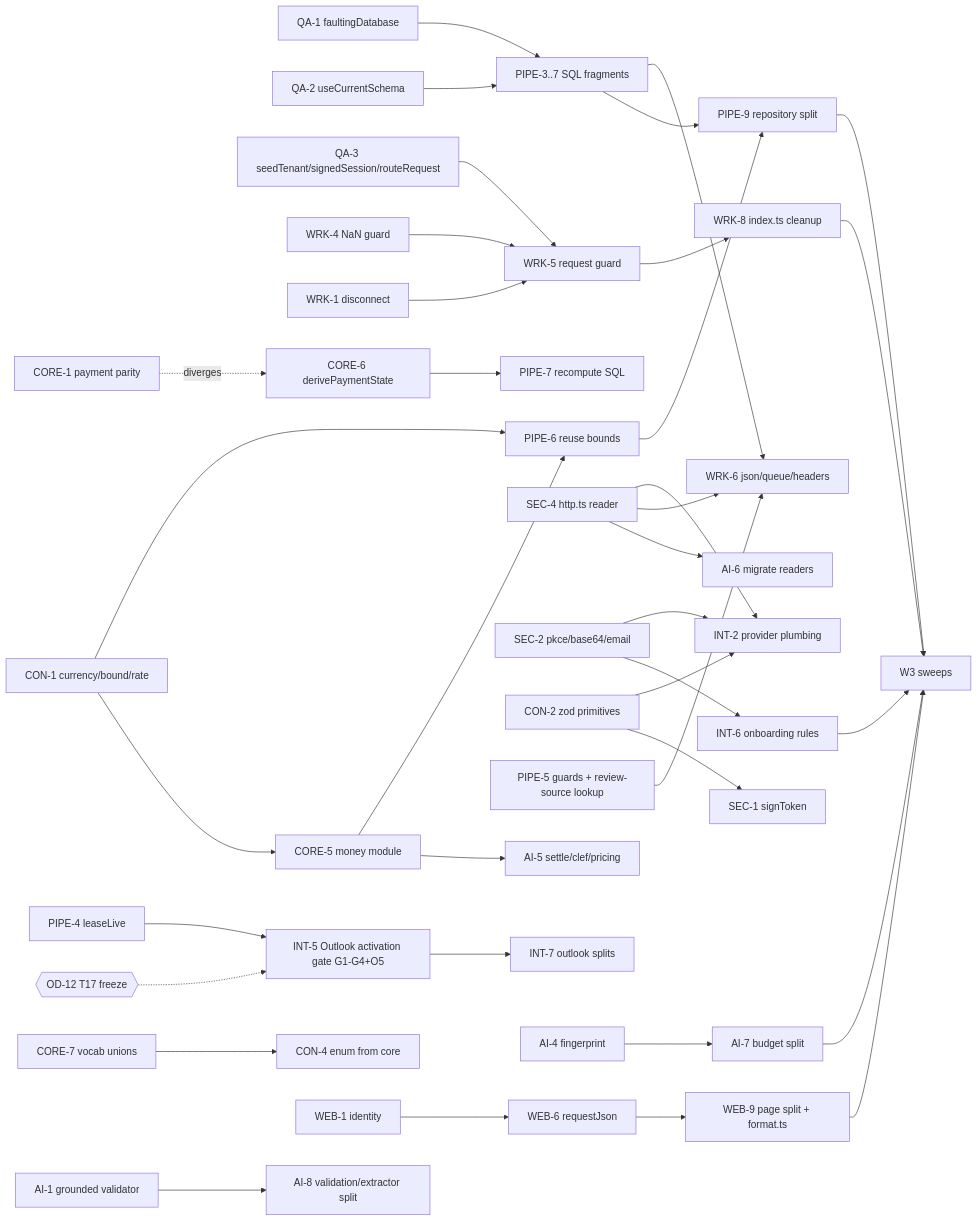
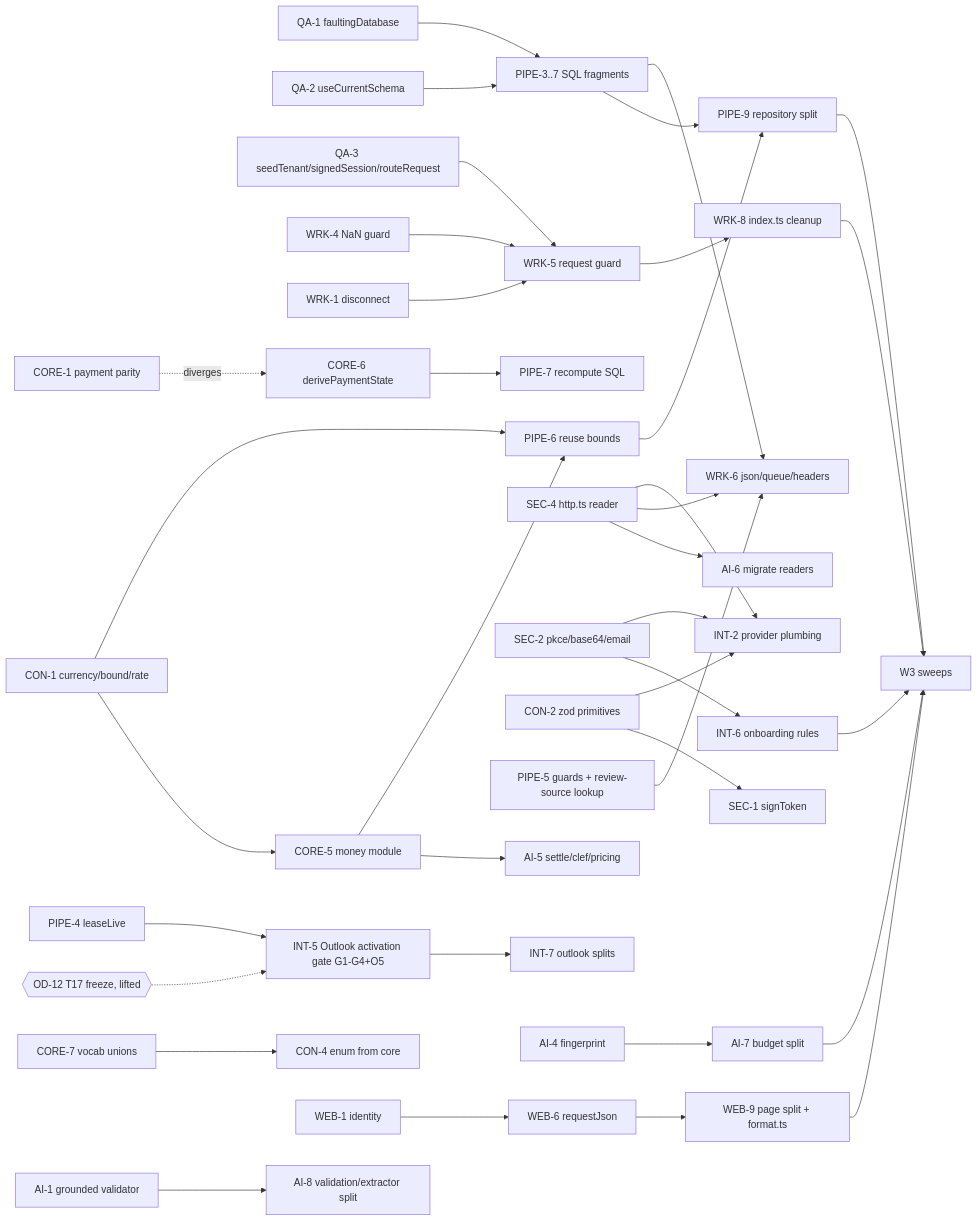
The diagram in docs/code-quality-refactor-plan.md (mhosseinab/invoxim), drawn with Mermaid before and after one commit. The commit also changed other lines of this file, not shown here.

````diff
--- a/docs/code-quality-refactor-plan.md
+++ b/docs/code-quality-refactor-plan.md
@@ -157,39 +164,39 @@
 ```mermaid
 graph LR
   QA1[QA-1 faultingDatabase] --> PIPE3[PIPE-3..7 SQL fragments]
   QA2[QA-2 useCurrentSchema] --> PIPE3
   QA3[QA-3 seedTenant/signedSession/routeRequest] --> WRK5[WRK-5 request guard]
   WRK4[WRK-4 NaN guard] --> WRK5
   WRK1[WRK-1 disconnect] --> WRK5
   CORE1[CORE-1 payment parity] -.diverges.-> CORE6[CORE-6 derivePaymentState]
   CORE6 --> PIPE7[PIPE-7 recompute SQL]
   CORE5[CORE-5 money module] --> PIPE6[PIPE-6 reuse bounds]
   CON1[CON-1 currency/bound/rate] --> PIPE6
   CON1 --> CORE5
   SEC4[SEC-4 http.ts reader] --> INT2[INT-2 provider plumbing]
   SEC4 --> WRK6[WRK-6 json/queue/headers]
   SEC4 --> AI6[AI-6 migrate readers]
   SEC2[SEC-2 pkce/base64/email] --> INT2
   CON2[CON-2 zod primitives] --> INT2
   CON2 --> SEC1[SEC-1 signToken]
   CORE7[CORE-7 vocab unions] --> CON4[CON-4 enum from core]
   PIPE4[PIPE-4 leaseLive] --> INT5[INT-5 Outlook activation gate G1-G4+O5]
-  OD12{{OD-12 T17 freeze}} -.-> INT5
+  OD12{{OD-12 T17 freeze, lifted}} -.-> INT5
   PIPE5[PIPE-5 guards + review-source lookup] --> WRK6
   PIPE3 --> WRK6
   INT5 --> INT7[INT-7 outlook splits]
   SEC2 --> INT6[INT-6 onboarding rules]
   CORE5 --> AI5[AI-5 settle/clef/pricing]
   PIPE3 --> PIPE9[PIPE-9 repository split]
   PIPE6 --> PIPE9
   AI4[AI-4 fingerprint] --> AI7[AI-7 budget split]
   AI1[AI-1 grounded validator] --> AI8[AI-8 validation/extractor split]
   WRK5 --> WRK8[WRK-8 index.ts cleanup]
   WEB1[WEB-1 identity] --> WEB6[WEB-6 requestJson]
   WEB6 --> WEB9[WEB-9 page split + format.ts]
   PIPE9 --> SW[W3 sweeps]
   AI7 --> SW
   INT6 --> SW
   WRK8 --> SW
   WEB9 --> SW
 ```
````
